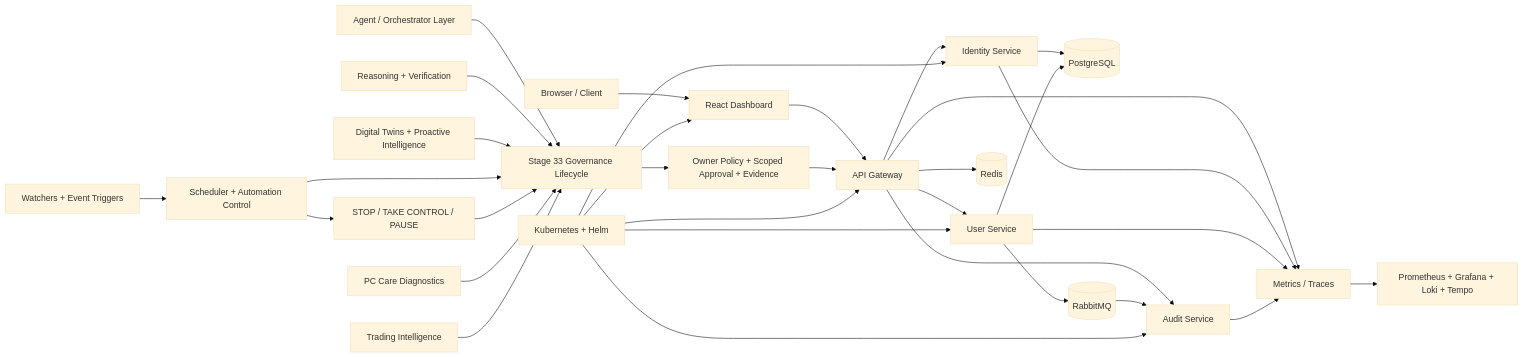
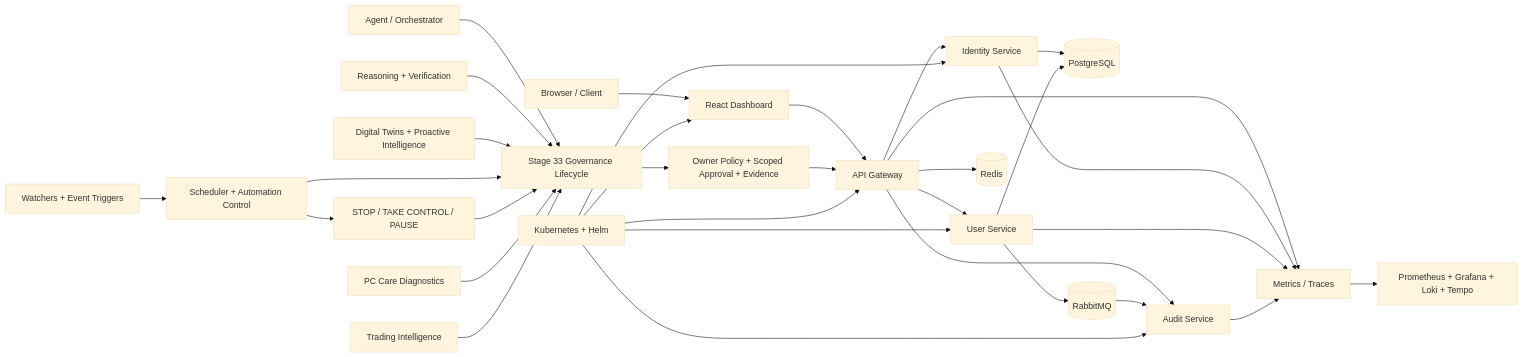
The diagram in README.md (teldigi5-wq/aetheris-platform), drawn with Mermaid (base theme) before and after one commit. The commit also changed other lines of this file and 4 other files, not shown here.

````diff
--- a/README.md
+++ b/README.md
@@ -93,34 +51,37 @@
 ```mermaid
 flowchart LR
     U[Browser / Client] --> D[React Dashboard]
     D --> G[API Gateway]
     G --> I[Identity Service]
     G --> S[User Service]
     G --> A[Audit Service]
     G --> R[(Redis)]
     I --> P[(PostgreSQL)]
     S --> P
     S --> M[(RabbitMQ)]
     M --> A
     G --> O[Metrics / Traces]
     I --> O
     S --> O
     A --> O
     O --> OBS[Prometheus + Grafana + Loki + Tempo]
+
     EVT[Watchers + Event Triggers] --> AUTO[Scheduler + Automation Control]
     AUTO --> EMG[STOP / TAKE CONTROL / PAUSE]
-    AG[Agent / Orchestrator Layer] --> GOV[Stage 33 Governance Lifecycle]
+
+    AG[Agent / Orchestrator] --> GOV[Stage 33 Governance Lifecycle]
     RSN[Reasoning + Verification] --> GOV
     TWIN[Digital Twins + Proactive Intelligence] --> GOV
     AUTO --> GOV
     EMG --> GOV
     PC[PC Care Diagnostics] --> GOV
     TRD[Trading Intelligence] --> GOV
     GOV --> POL[Owner Policy + Scoped Approval + Evidence]
     POL --> G
+
     K[Kubernetes + Helm] --> D
     K --> G
     K --> I
     K --> S
     K --> A
 ```
````
